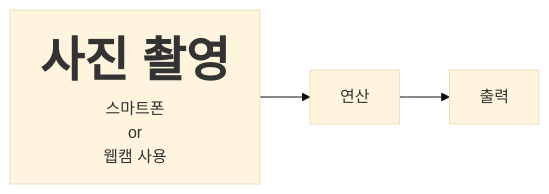
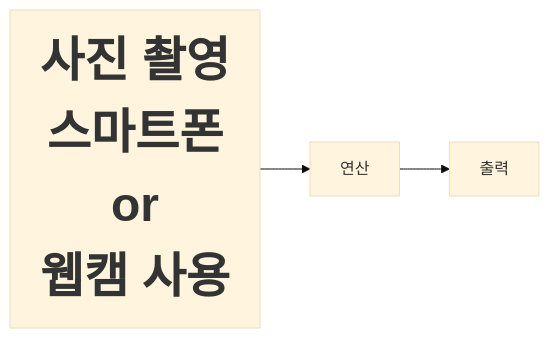
One commit to 201710808/-p changed the diagram in Readme.md. Above: the diagram before and after it, drawn with Mermaid (base theme).

````diff
--- a/Readme.md
+++ b/Readme.md
@@ -3,5 +3,5 @@
 ```mermaid
 graph LR
-A[<b><span style='font-size:48px'>사진 촬영</span></b>\n스마트폰\nor\n웹캠 사용]-->B[연산]
+A[<b><span style='font-size:48px'>사진 촬영</span></b>\n<b><span style='font-size:48px'>스마트폰\nor\n웹캠 사용</span></b>]-->B[연산]
 B-->C[출력]
 ```
````
